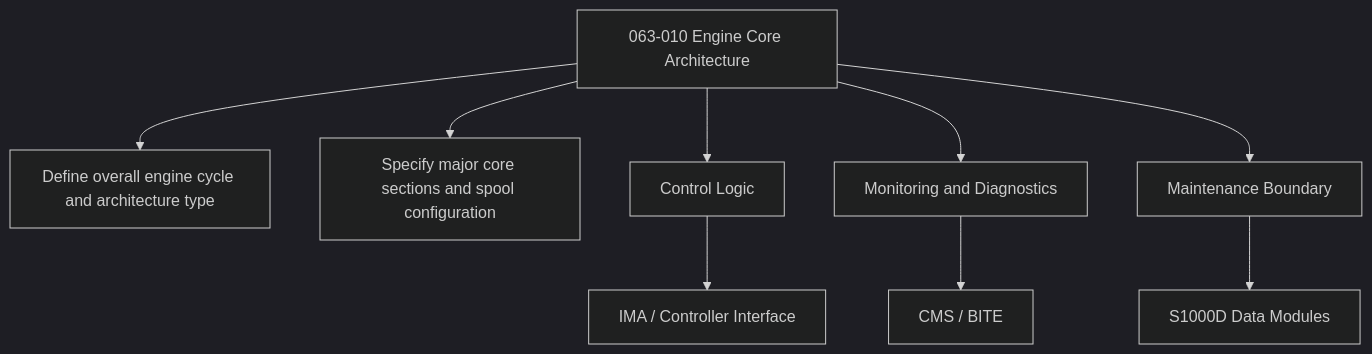
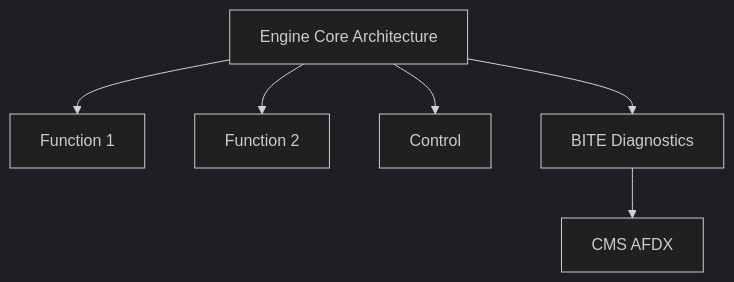
Before and after one commit to AmedeoPelliccia/Qplus-For-All-Queer-People-and-Quantum: the second of 2 diagrams in Q+ATLANTIDE/000-099_ATLAS/060-069_Propulsion-Tradicional/063_Engine-Turbine/063-010-Engine-Core-Architecture.md, drawn with Mermaid (dark theme). The commit also changed other lines of this file and 74 other files, not shown here.

````diff
--- a/Q+ATLANTIDE/000-099_ATLAS/060-069_Propulsion-Tradicional/063_Engine-Turbine/063-010-Engine-Core-Architecture.md
+++ b/Q+ATLANTIDE/000-099_ATLAS/060-069_Propulsion-Tradicional/063_Engine-Turbine/063-010-Engine-Core-Architecture.md
@@ -172,11 +96,8 @@
 ```mermaid
 flowchart TB
-    SYS[063-010 Engine Core Architecture] --> F1[Define overall engine cycle and architecture type]
-    SYS --> F2[Specify major core sections and spool configuration]
-    SYS --> CTRL[Control Logic]
-    SYS --> MON[Monitoring and Diagnostics]
-    SYS --> MAINT[Maintenance Boundary]
-    CTRL --> IMA[IMA / Controller Interface]
-    MON --> CMS[CMS / BITE]
-    MAINT --> CSDB[S1000D Data Modules]
+    SYS[Engine Core Architecture] --> F1[Function 1]
+    SYS --> F2[Function 2]
+    SYS --> CTRL[Control]
+    SYS --> MON[BITE Diagnostics]
+    MON --> CMS[CMS AFDX]
 ```
````
